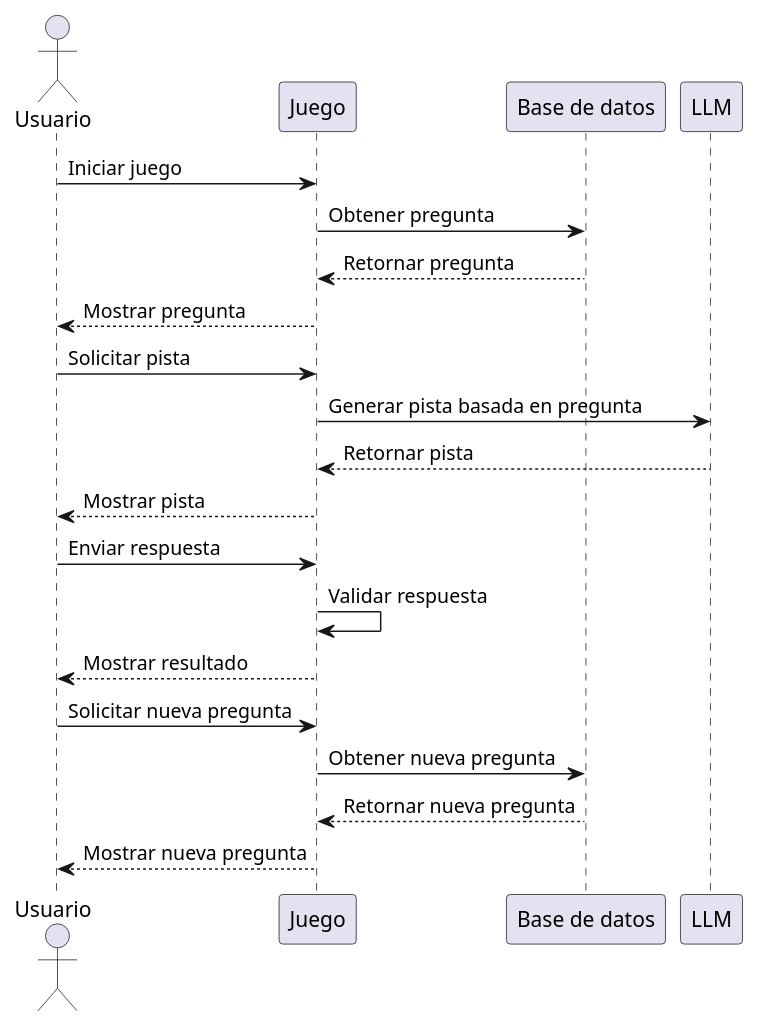
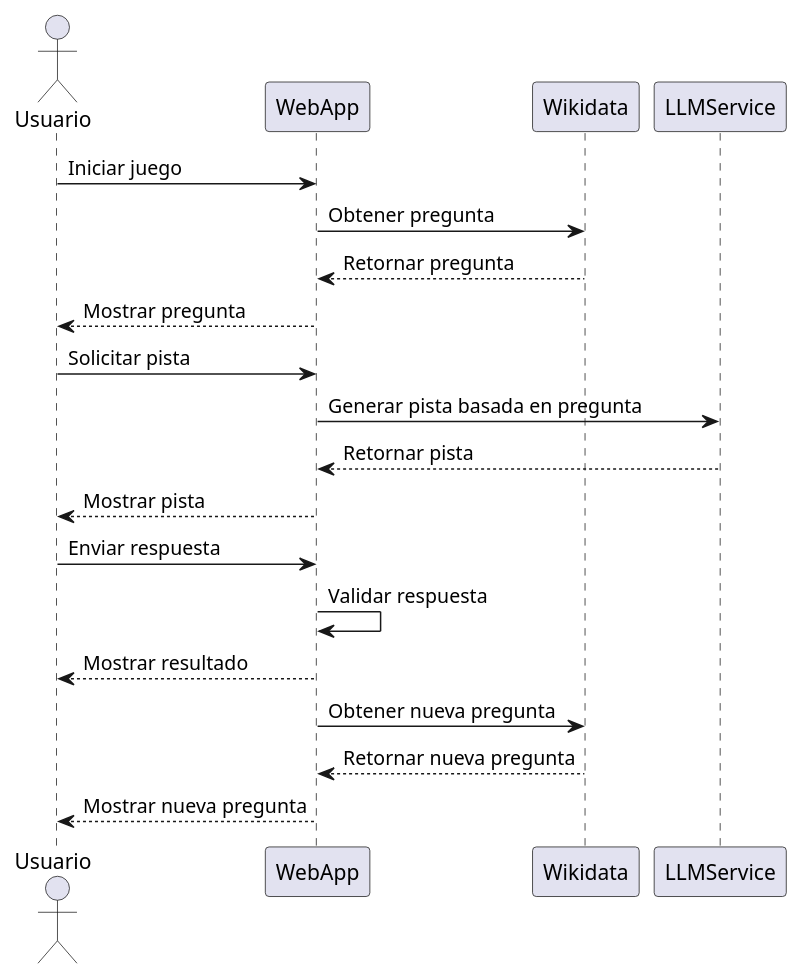
Before and after one commit to JavierSanabriaMiranda/wichat_es4a: the diagram in docs/images/diagrama.puml, drawn with PlantUML. The commit also changed 1 other file, not shown here.

```diff
--- a/docs/images/diagrama.puml
+++ b/docs/images/diagrama.puml
@@ -1,23 +1,22 @@
 actor Usuario
-participant "Juego" as J
-participant "Base de datos" as DB
-participant "LLM" as LLM
+participant "WebApp" as WA
+participant "Wikidata" as WK
+participant "LLMService" as LLM
 
-Usuario -> J: Iniciar juego
-J -> DB: Obtener pregunta
-DB --> J: Retornar pregunta
-J --> Usuario: Mostrar pregunta
+Usuario -> WA: Iniciar juego
+WA -> WK: Obtener pregunta
+WK --> WA: Retornar pregunta
+WA --> Usuario: Mostrar pregunta
 
-Usuario -> J: Solicitar pista
-J -> LLM: Generar pista basada en pregunta
-LLM --> J: Retornar pista
-J --> Usuario: Mostrar pista
+Usuario -> WA: Solicitar pista
+WA -> LLM: Generar pista basada en pregunta
+LLM --> WA: Retornar pista
+WA --> Usuario: Mostrar pista
 
-Usuario -> J: Enviar respuesta
-J -> J: Validar respuesta
-J --> Usuario: Mostrar resultado
+Usuario -> WA: Enviar respuesta
+WA -> WA: Validar respuesta
+WA --> Usuario: Mostrar resultado
 
-Usuario -> J: Solicitar nueva pregunta
-J -> DB: Obtener nueva pregunta
-DB --> J: Retornar nueva pregunta
-J --> Usuario: Mostrar nueva pregunta
+WA -> WK: Obtener nueva pregunta
+WK --> WA: Retornar nueva pregunta
+WA --> Usuario: Mostrar nueva pregunta
```
